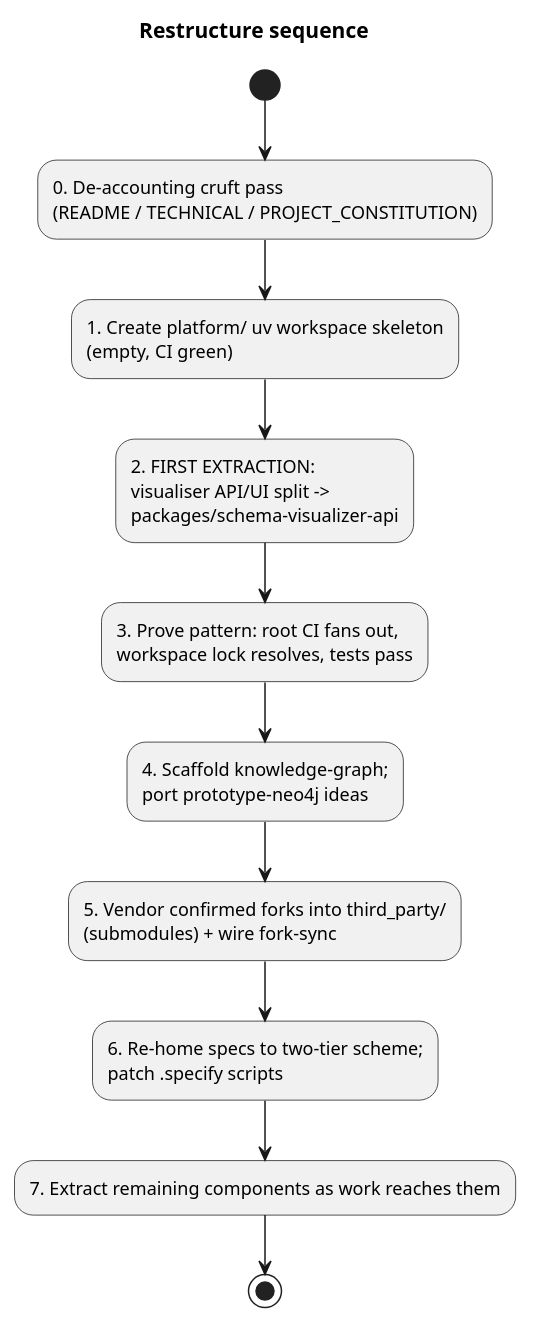
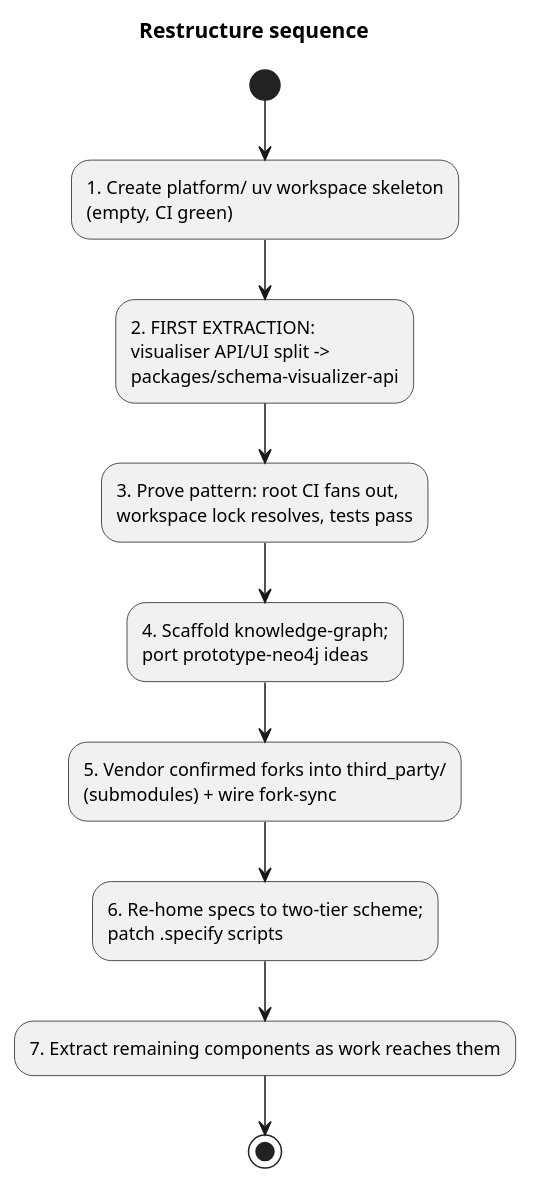
One commit to wolffy-au/frictionless-architect changed the third of 4 diagrams in ARCHITECTURE.md. Above: the diagram before and after it, drawn with PlantUML. The commit also changed other lines of this file and 3 other files, not shown here.

First line of the commit message:
docs: de-account README, TECHNICAL, ARCHITECTURE and PROJECT_CONSTITUTION

````diff
--- a/ARCHITECTURE.md
+++ b/ARCHITECTURE.md
@@ -269,14 +265,13 @@
 ```plantuml
 @startuml
 title Restructure sequence
-(*) --> "0. De-accounting cruft pass\n(README / TECHNICAL / PROJECT_CONSTITUTION)"
---> "1. Create platform/ uv workspace skeleton\n(empty, CI green)"
+(*) --> "1. Create platform/ uv workspace skeleton\n(empty, CI green)"
 --> "2. FIRST EXTRACTION:\nvisualiser API/UI split ->\npackages/schema-visualizer-api"
 --> "3. Prove pattern: root CI fans out,\nworkspace lock resolves, tests pass"
 --> "4. Scaffold knowledge-graph;\nport prototype-neo4j ideas"
 --> "5. Vendor confirmed forks into third_party/\n(submodules) + wire fork-sync"
 --> "6. Re-home specs to two-tier scheme;\npatch .specify scripts"
 --> "7. Extract remaining components as work reaches them"
 --> (*)
 @enduml
 ```
````
